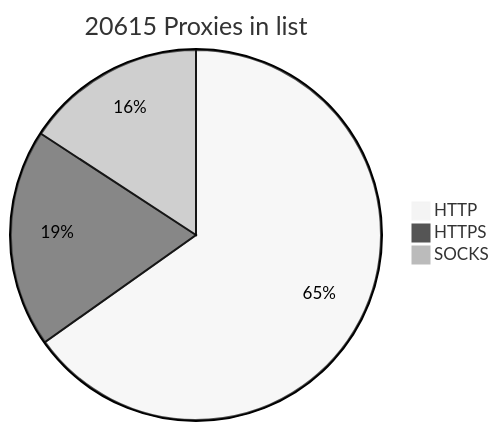
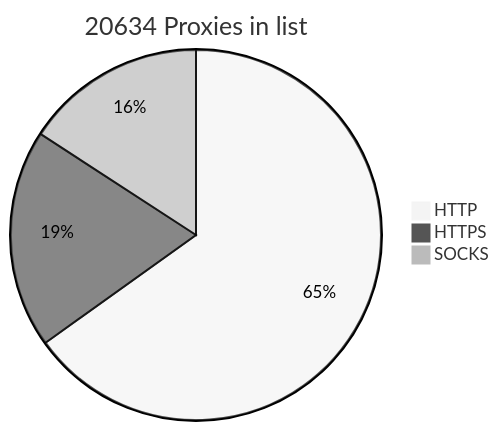
One commit to BlackSnowDot/proxylist-update-every-minute changed the diagram in README.md. Above: the diagram before and after it, drawn with Mermaid (neutral theme).

````diff
--- a/README.md
+++ b/README.md
@@ -2,6 +2,6 @@
 ```mermaid
-pie title 20615 Proxies in list
-    "HTTP" : 15183
-    "HTTPS": 4433
-    "SOCKS" : 3677
+pie title 20634 Proxies in list
+    "HTTP" : 15174
+    "HTTPS": 4442
+    "SOCKS" : 3689
 ```
````
